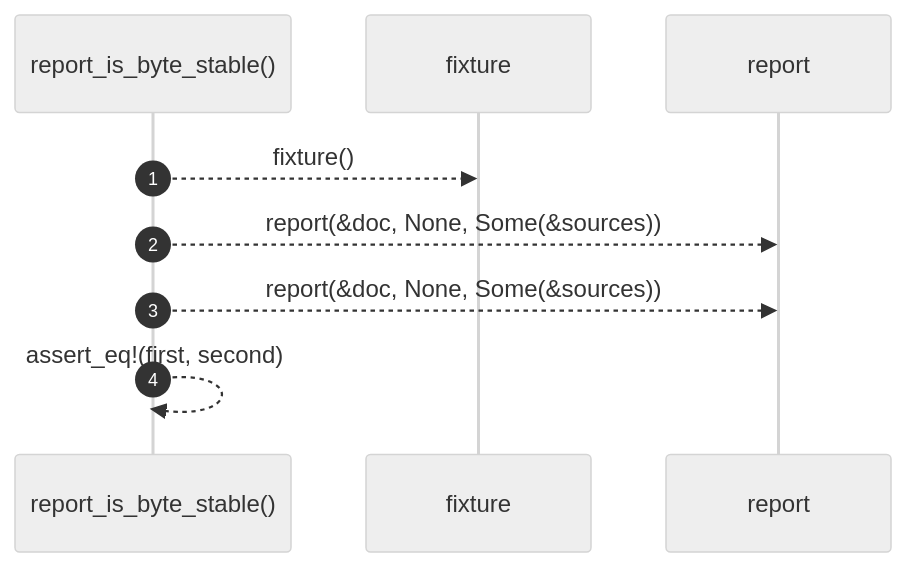
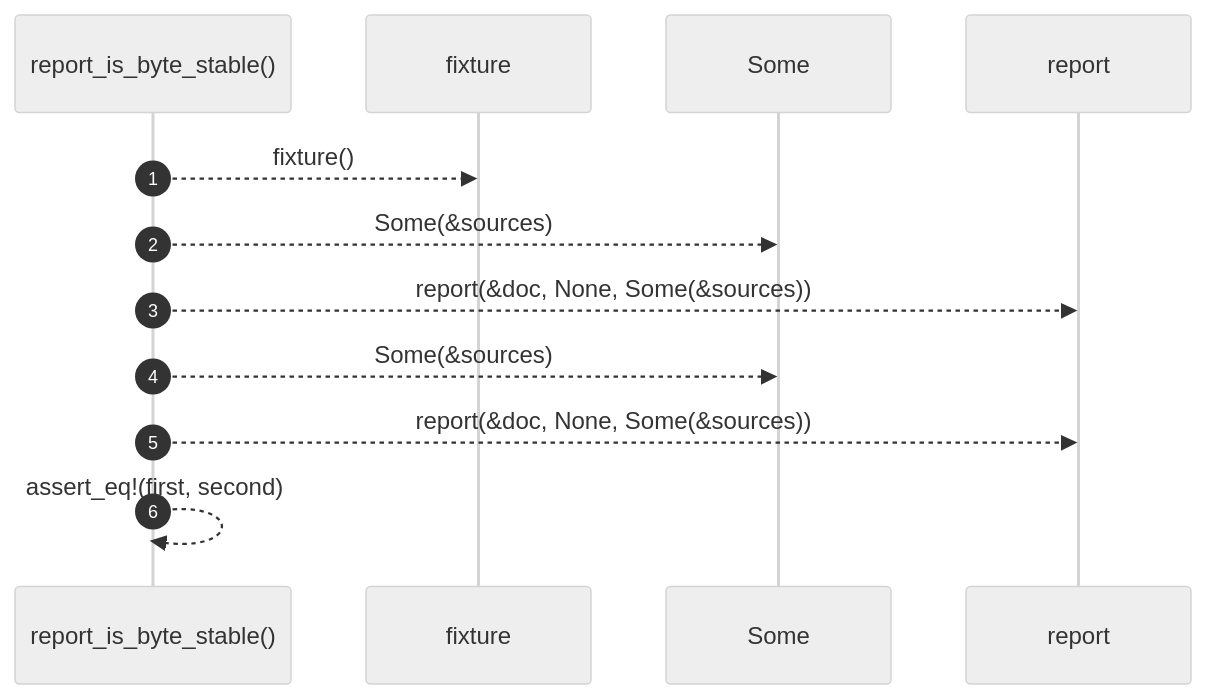
The diagram in .robby/diagrams/seq-rust-robby-render-test-markdown-report-is-byte-stable.mmd (RyanGuild/self-describing-code), drawn with Mermaid (neutral theme) before and after one commit. The commit also changed 1404 other files, not shown here.

```diff
--- a/.robby/diagrams/seq-rust-robby-render-test-markdown-report-is-byte-stable.mmd
+++ b/.robby/diagrams/seq-rust-robby-render-test-markdown-report-is-byte-stable.mmd
@@ -1,9 +1,12 @@
 sequenceDiagram
     autonumber
     participant report_is_byte_stable as report_is_byte_stable()
     participant fixture as fixture
+    participant Some as Some
     participant report as report
     report_is_byte_stable-->>fixture: fixture()
+    report_is_byte_stable-->>Some: Some(&sources)
     report_is_byte_stable-->>report: report(&doc, None, Some(&sources))
+    report_is_byte_stable-->>Some: Some(&sources)
     report_is_byte_stable-->>report: report(&doc, None, Some(&sources))
     report_is_byte_stable-->>report_is_byte_stable: assert_eq!(first, second)
```
